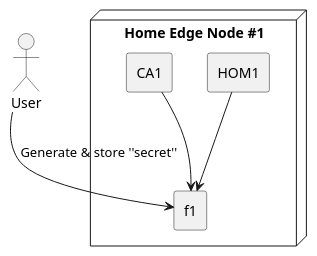
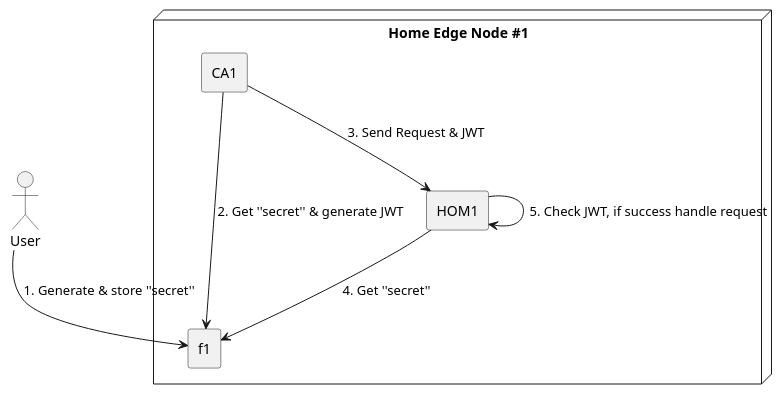
One commit to tdrozdovsky/crib changed the second of 2 diagrams in README.md. Above: the diagram before and after it, drawn with PlantUML.

````diff
--- a/README.md
+++ b/README.md
@@ -13,22 +13,24 @@
 ```plantuml
 
 @startuml
 
 top to bottom direction
 
 actor User
 
 node "Home Edge Node #1" {
-  User --> [f1] : Generate & store ''secret''
-  [HOM1] --> [f1] 
-  [CA1] --> [f1] 
+  User --> [f1] : 1. Generate & store ''secret''
+  [HOM1] --> [f1] : 4. Get ''secret''
+  [HOM1] --> [HOM1] : 5. Check JWT, if success handle request
+  [CA1] --> [f1] : 2. Get ''secret'' & generate JWT 
+  [CA1] -->[HOM1] : 3. Send Request & JWT
   rectangle "/var/edge-orchestration/data/jwt/passprasejwt.txt" as f1 {
   }
   rectangle "App" as CA1 {
   }
   rectangle "Home Edge Orchestrator" as HOM1 {
   }
 }
 
 @enduml
 ```
````
